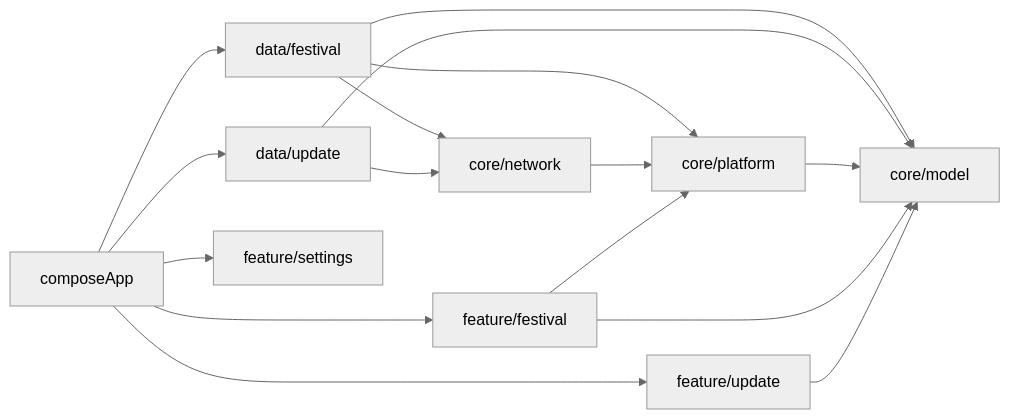
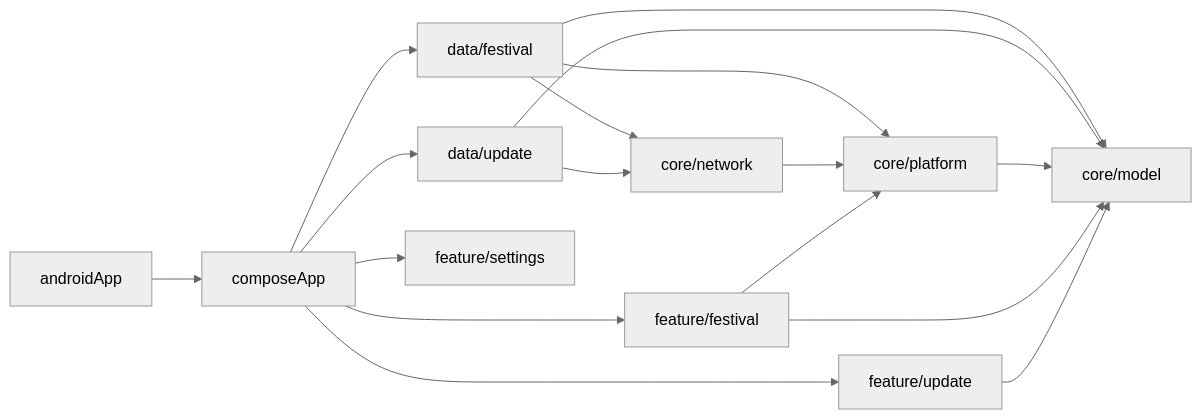
The diagram in docs/architecture.md (Flobsterable/cosplay-2), drawn with Mermaid (neutral theme) before and after one commit. The commit also changed other lines of this file and 130 other files, not shown here.

````diff
--- a/docs/architecture.md
+++ b/docs/architecture.md
@@ -37,18 +39,19 @@
 ```mermaid
 flowchart LR
+  Android[androidApp] --> App
   App[composeApp] --> DF[data/festival]
   App --> DU[data/update]
   App --> FF[feature/festival]
   App --> FU[feature/update]
   App --> FS[feature/settings]
   DF --> N[core/network]
   DF --> P[core/platform]
   DF --> M[core/model]
   DU --> N
   DU --> M
   N --> P
   P --> M
   FF --> P
   FF --> M
   FU --> M
 ```
````
